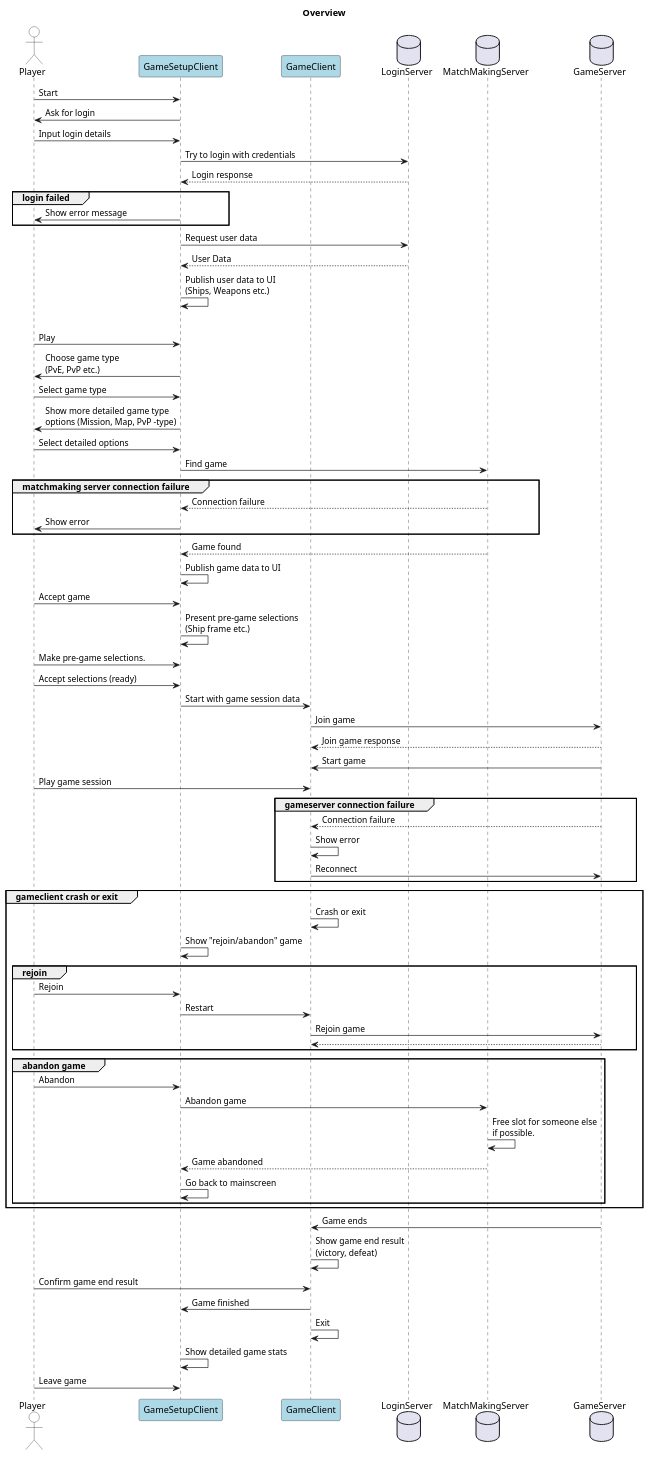
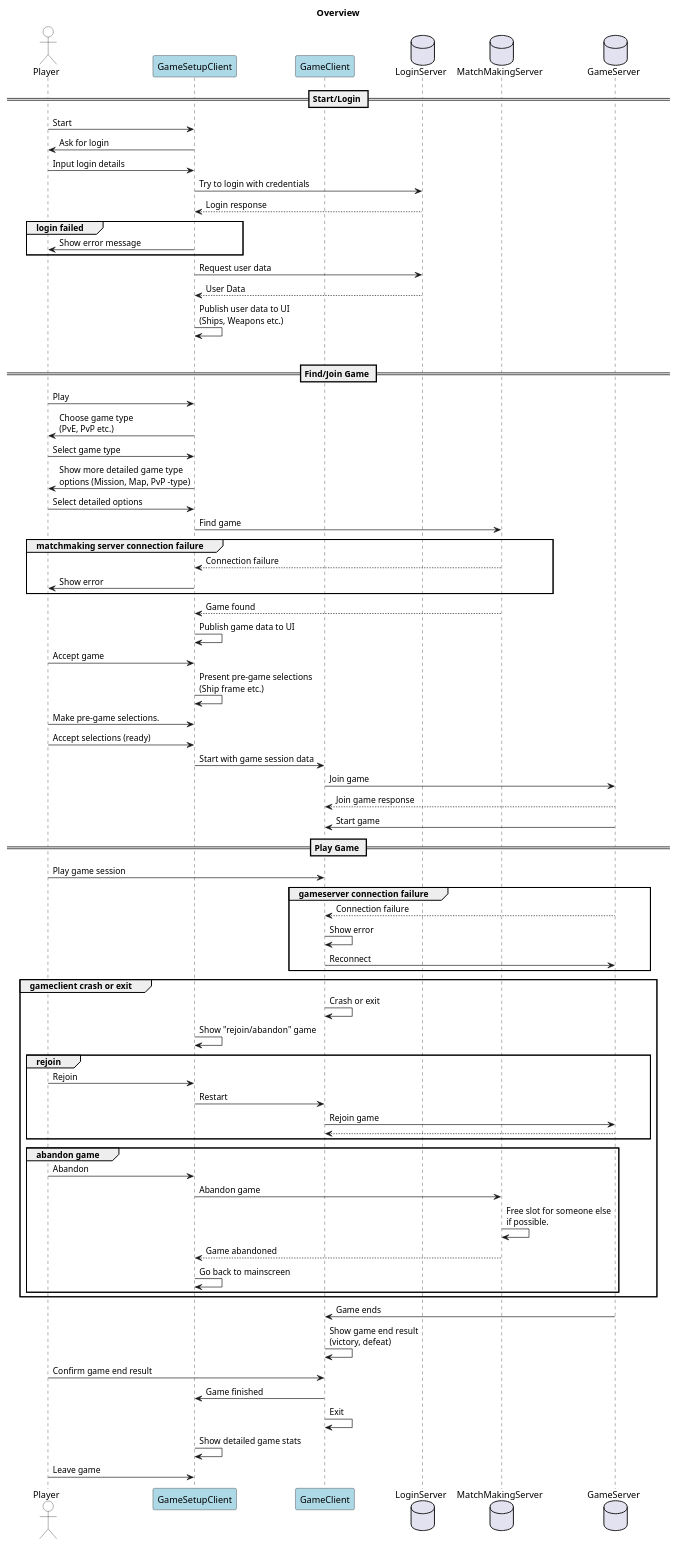
One commit to gomsu/aw-moba-docs changed the diagram in diagrams/overview.puml. Above: the diagram before and after it, drawn with PlantUML.

Commit message:
Add sections to overview

```diff
--- a/diagrams/overview.puml
+++ b/diagrams/overview.puml
@@ -1,72 +1,74 @@
 @startuml
 title Overview
 actor Player #white
 participant GameSetupClient #lightblue
 participant GameClient #lightblue
 database LoginServer
 database MatchMakingServer
 database GameServer
-
+== Start/Login ==
 Player -> GameSetupClient : Start
 GameSetupClient -> Player : Ask for login
 Player -> GameSetupClient : Input login details
 GameSetupClient -> LoginServer : Try to login with credentials
 LoginServer --> GameSetupClient : Login response
 group login failed
 GameSetupClient -> Player : Show error message
 end group
 GameSetupClient -> LoginServer : Request user data
 LoginServer --> GameSetupClient : User Data
 GameSetupClient -> GameSetupClient : Publish user data to UI\n(Ships, Weapons etc.)
 group
+== Find/Join Game ==
 Player -> GameSetupClient : Play
 GameSetupClient -> Player : Choose game type\n(PvE, PvP etc.)
 Player -> GameSetupClient : Select game type
 GameSetupClient -> Player : Show more detailed game type\noptions (Mission, Map, PvP -type)
 Player -> GameSetupClient : Select detailed options
 GameSetupClient -> MatchMakingServer : Find game
 group matchmaking server connection failure
 MatchMakingServer --> GameSetupClient : Connection failure
 GameSetupClient -> Player : Show error
 end group
 MatchMakingServer --> GameSetupClient : Game found
 GameSetupClient -> GameSetupClient : Publish game data to UI
 Player -> GameSetupClient : Accept game
 GameSetupClient -> GameSetupClient : Present pre-game selections\n(Ship frame etc.)
 Player -> GameSetupClient : Make pre-game selections.
 Player -> GameSetupClient : Accept selections (ready)
 GameSetupClient -> GameClient : Start with game session data
 GameClient -> GameServer : Join game
 GameServer --> GameClient : Join game response
 GameServer -> GameClient : Start game
+== Play Game ==
 Player -> GameClient : Play game session
 group gameserver connection failure
 GameServer --> GameClient : Connection failure
 GameClient -> GameClient : Show error
 GameClient -> GameServer : Reconnect
 end group
 group gameclient crash or exit
 GameClient -> GameClient : Crash or exit
 GameSetupClient -> GameSetupClient : Show "rejoin/abandon" game
 group rejoin
 Player -> GameSetupClient : Rejoin
 GameSetupClient -> GameClient : Restart
 GameClient -> GameServer : Rejoin game
 GameServer --> GameClient
 end group
 group abandon game
 Player -> GameSetupClient : Abandon
 GameSetupClient -> MatchMakingServer : Abandon game
 MatchMakingServer -> MatchMakingServer : Free slot for someone else\nif possible.
 MatchMakingServer --> GameSetupClient : Game abandoned
 GameSetupClient -> GameSetupClient : Go back to mainscreen
 end group
 end group
 GameServer -> GameClient : Game ends
 GameClient -> GameClient : Show game end result\n(victory, defeat)
 Player -> GameClient : Confirm game end result
 GameClient -> GameSetupClient : Game finished
 GameClient -> GameClient : Exit
 GameSetupClient -> GameSetupClient : Show detailed game stats
 Player -> GameSetupClient : Leave game
 @enduml
```
